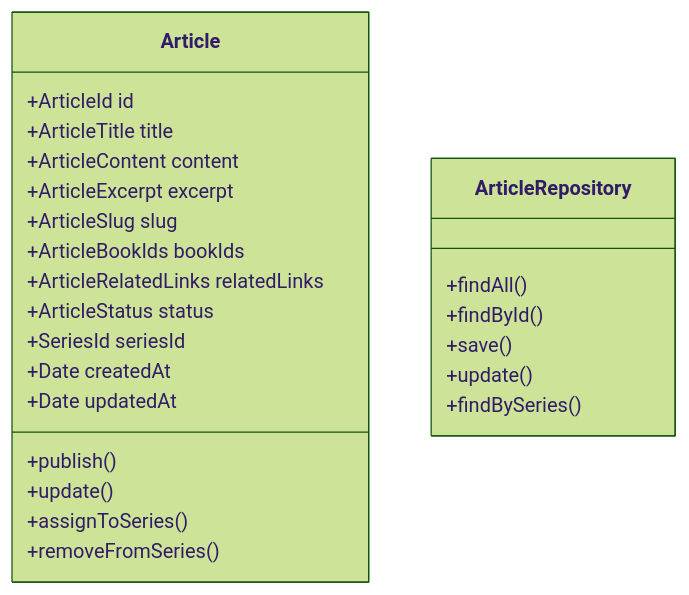
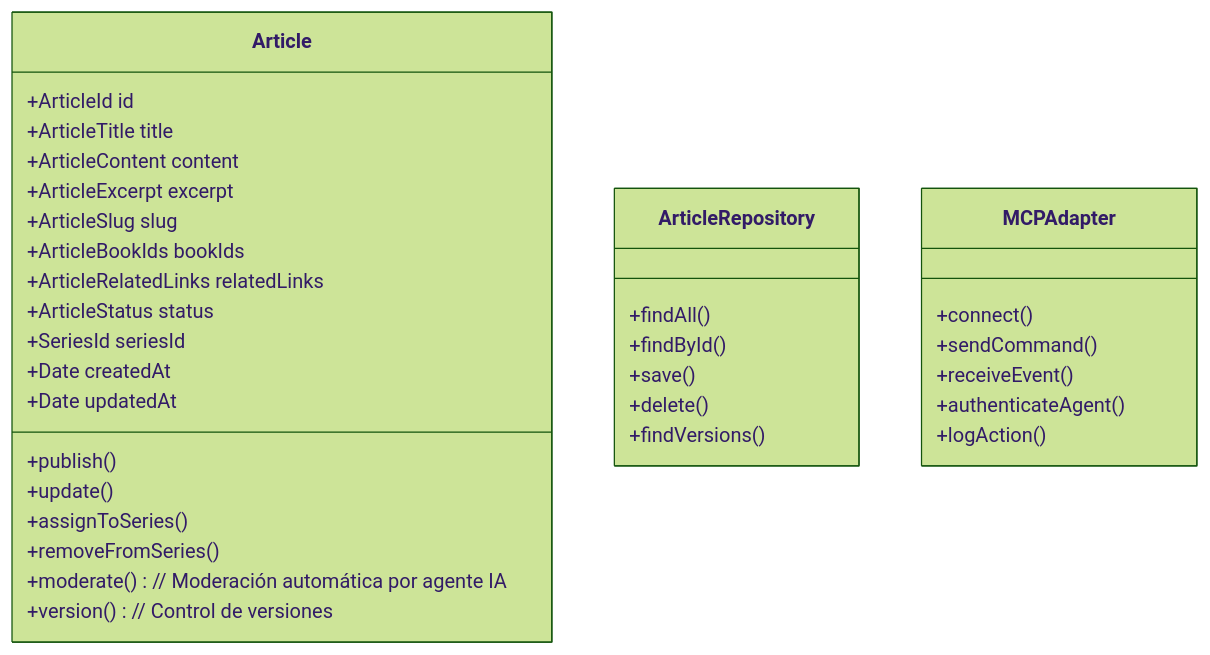
Before and after one commit to pertutatis/personal-web-backend: the second of 2 diagrams in docs/memory-bank/systemPatterns.md, drawn with Mermaid (forest theme). The commit also changed other lines of this file and 30 other files, not shown here.

````diff
--- a/docs/memory-bank/systemPatterns.md
+++ b/docs/memory-bank/systemPatterns.md
@@ -78,28 +82,38 @@
 ```mermaid
 classDiagram
     class Article {
         +ArticleId id
         +ArticleTitle title
         +ArticleContent content
         +ArticleExcerpt excerpt
         +ArticleSlug slug
         +ArticleBookIds bookIds
         +ArticleRelatedLinks relatedLinks
         +ArticleStatus status
         +SeriesId seriesId
         +Date createdAt
         +Date updatedAt
         +publish()
         +update()
         +assignToSeries()
         +removeFromSeries()
+        +moderate() // Moderación automática por agente IA
+        +version()  // Control de versiones
     }
 
     class ArticleRepository {
         +findAll()
         +findById()
         +save()
-        +update()
-        +findBySeries()
+        +delete()
+        +findVersions()
+    }
+
+    class MCPAdapter {
+        +connect()
+        +sendCommand()
+        +receiveEvent()
+        +authenticateAgent()
+        +logAction()
     }
 ```
````
